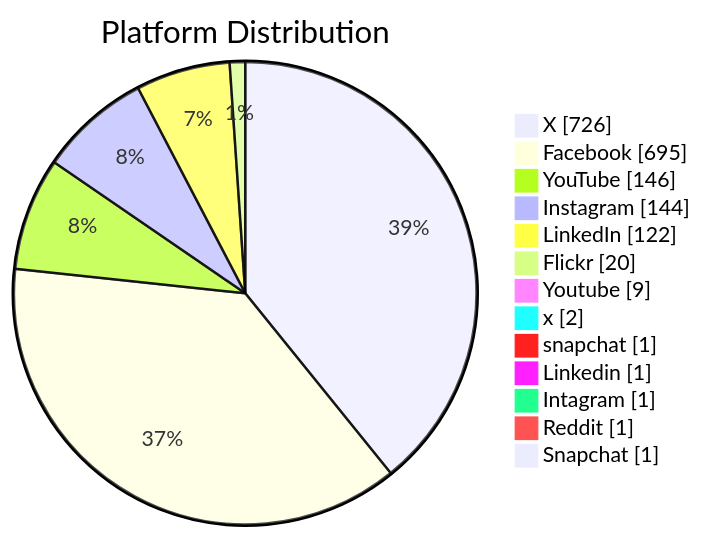
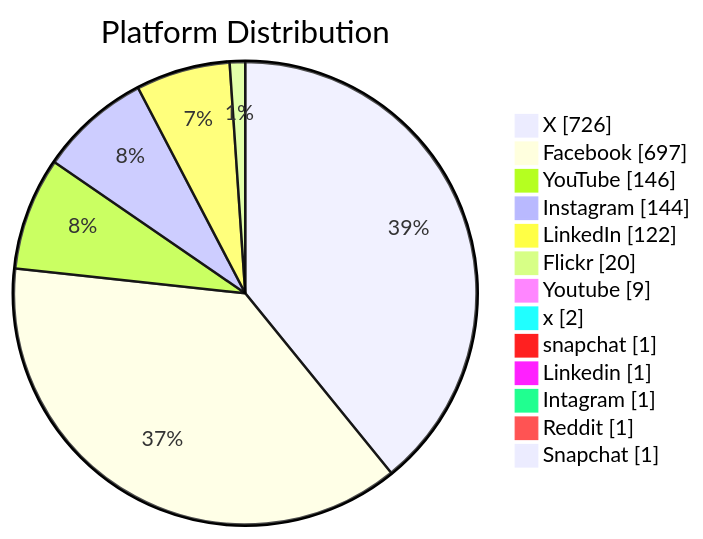
The second of 6 diagrams in README.md (PatLittle/GC-Socials), drawn with Mermaid before and after one commit. The commit also changed other lines of this file, not shown here.

Commit message:
Update README with Platform Distribution pie chart

````diff
--- a/README.md
+++ b/README.md
@@ -46,16 +46,16 @@
 ```mermaid
 pie showData title Platform Distribution
     "X": 726
-    "Facebook": 695
+    "Facebook": 697
     "YouTube": 146
     "Instagram": 144
     "LinkedIn": 122
     "Flickr": 20
     "Youtube": 9
     "x": 2
     "snapchat": 1
     "Linkedin": 1
     "Intagram": 1
     "Reddit": 1
     "Snapchat": 1
 ```
````
